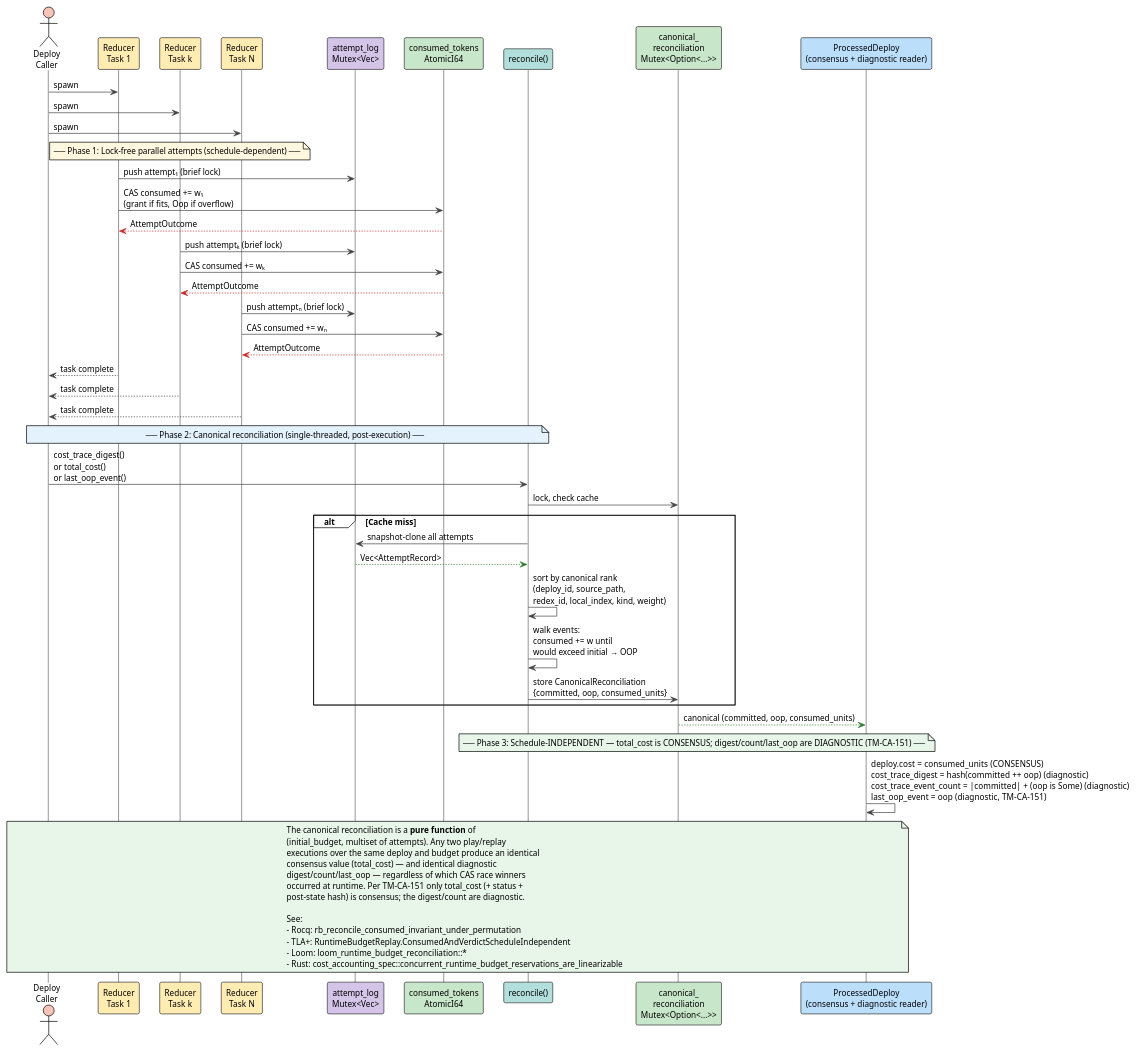
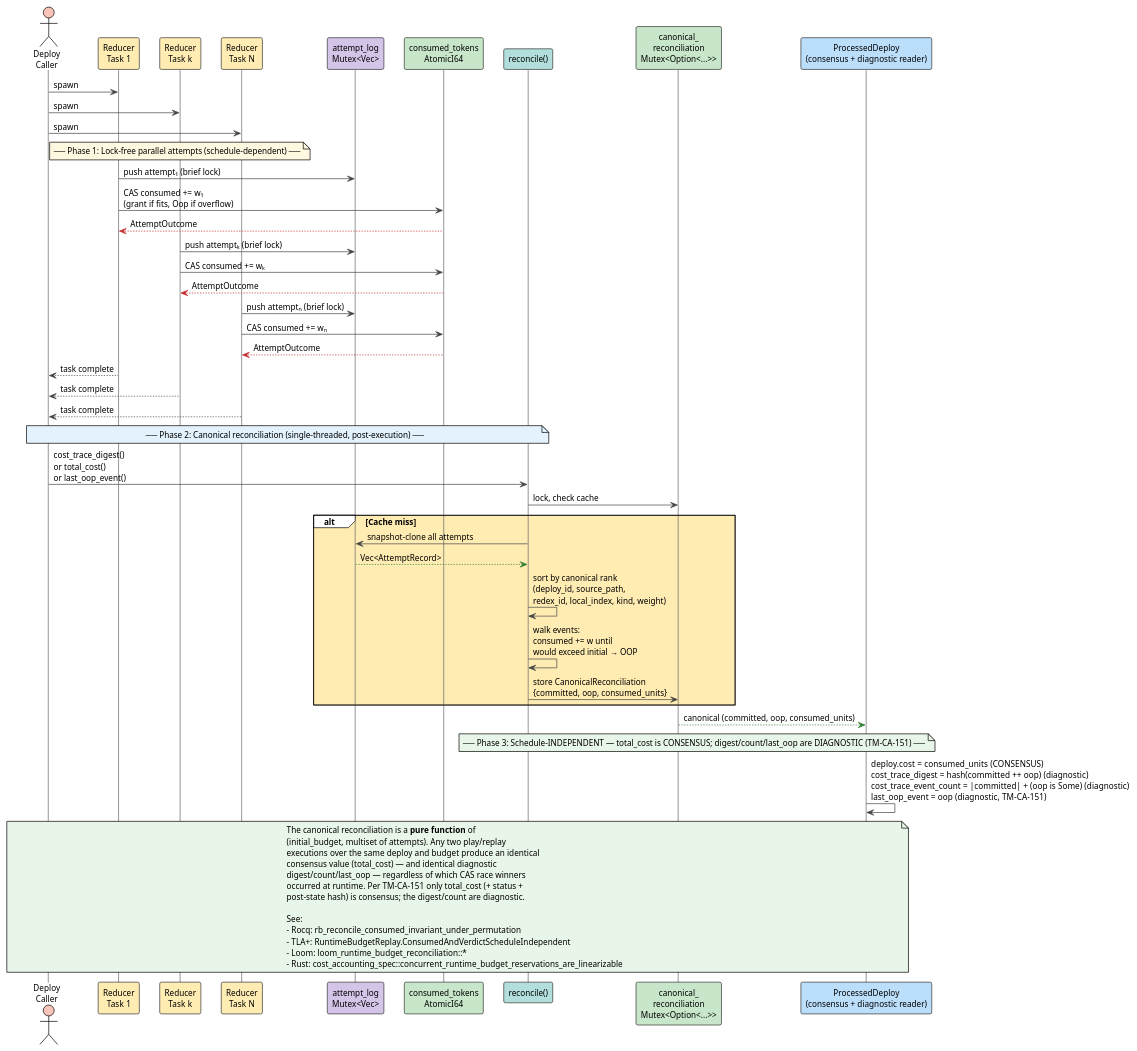
One commit to F1R3FLY-io/f1r3node-rust changed the diagram in docs/theory/diagrams/option-e-reconciliation.puml. Above: the diagram before and after it, drawn with PlantUML. The commit also changed other lines of this file and 1 other file, not shown here.

```diff
--- a/docs/theory/diagrams/option-e-reconciliation.puml
+++ b/docs/theory/diagrams/option-e-reconciliation.puml
@@ -38,81 +39,81 @@
 @startuml option-e-reconciliation
 !theme plain
 
 skinparam sequence {
   ArrowColor              #444444
   LifeLineBorderColor     #666666
   ParticipantBorderColor  #333333
   NoteBorderColor         #666666
   NoteBackgroundColor     #FFF8E1
   DividerBackgroundColor  #ECEFF1
 }
 skinparam defaultFontName "sans-serif"
 skinparam defaultFontSize 12
 skinparam shadowing false
 
 actor "Deploy\nCaller" as Caller #F8C3B8
 participant "Reducer\nTask 1" as T1 #FFECB3
 participant "Reducer\nTask k" as Tk #FFECB3
 participant "Reducer\nTask N" as TN #FFECB3
 participant "attempt_log\nMutex<Vec>" as Log #D4C4E8
 participant "consumed_tokens\nAtomicI64" as Counter #C8E6C9
 participant "reconcile()" as Reconcile #B2DFDB
 participant "canonical_\nreconciliation\nMutex<Option<...>>" as Cache #C8E6C9
 participant "ProcessedDeploy\n(consensus + diagnostic reader)" as Consensus #BBDEFB
 
 Caller -> T1: spawn
 Caller -> Tk: spawn
 Caller -> TN: spawn
 
 note over T1, TN #FFF8E1: ── Phase 1: Lock-free parallel attempts (schedule-dependent) ──
 
 T1 -> Log: push attempt₁ (brief lock)
 T1 -> Counter: CAS consumed += w₁\n(grant if fits, Oop if overflow)
 Counter -[#C62828]-> T1: AttemptOutcome
 
 Tk -> Log: push attemptₖ (brief lock)
 Tk -> Counter: CAS consumed += wₖ
 Counter -[#C62828]-> Tk: AttemptOutcome
 
 TN -> Log: push attemptₙ (brief lock)
 TN -> Counter: CAS consumed += wₙ
 Counter -[#C62828]-> TN: AttemptOutcome
 
 T1 --> Caller: task complete
 Tk --> Caller: task complete
 TN --> Caller: task complete
 
 note over Caller, Reconcile #E3F2FD: ── Phase 2: Canonical reconciliation (single-threaded, post-execution) ──
 
 Caller -> Reconcile: cost_trace_digest()\nor total_cost()\nor last_oop_event()
 Reconcile -> Cache: lock, check cache
-alt Cache miss
+alt #FFECB3 Cache miss
     Reconcile -> Log: snapshot-clone all attempts
     Log -[#2E7D32]-> Reconcile: Vec<AttemptRecord>
     Reconcile -> Reconcile: sort by canonical rank\n(deploy_id, source_path,\nredex_id, local_index, kind, weight)
     Reconcile -> Reconcile: walk events:\nconsumed += w until\nwould exceed initial → OOP
     Reconcile -> Cache: store CanonicalReconciliation\n{committed, oop, consumed_units}
 end
 Cache -[#2E7D32]-> Consensus: canonical (committed, oop, consumed_units)
 
 note over Reconcile, Consensus #E8F5E9: ── Phase 3: Schedule-INDEPENDENT — total_cost is CONSENSUS; digest/count/last_oop are DIAGNOSTIC (TM-CA-151) ──
 
 Consensus -> Consensus: deploy.cost = consumed_units  (CONSENSUS)\ncost_trace_digest = hash(committed ++ oop)  (diagnostic)\ncost_trace_event_count = |committed| + (oop is Some)  (diagnostic)\nlast_oop_event = oop  (diagnostic, TM-CA-151)
 
 note over Caller, Consensus #E8F5E9
   The canonical reconciliation is a **pure function** of
   (initial_budget, multiset of attempts). Any two play/replay
   executions over the same deploy and budget produce an identical
   consensus value (total_cost) — and identical diagnostic
   digest/count/last_oop — regardless of which CAS race winners
   occurred at runtime. Per TM-CA-151 only total_cost (+ status +
   post-state hash) is consensus; the digest/count are diagnostic.
 
   See:
   - Rocq: rb_reconcile_consumed_invariant_under_permutation
   - TLA+: RuntimeBudgetReplay.ConsumedAndVerdictScheduleIndependent
   - Loom: loom_runtime_budget_reconciliation::*
   - Rust: cost_accounting_spec::concurrent_runtime_budget_reservations_are_linearizable
 end note
 
 @enduml
```
